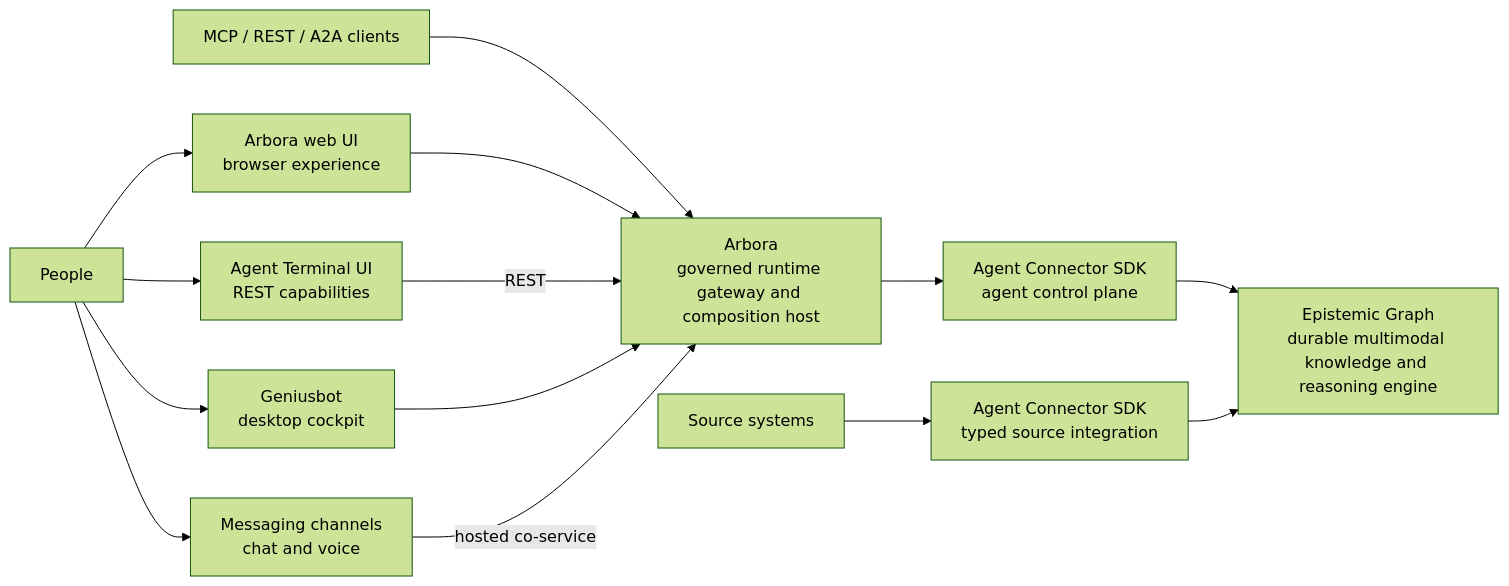
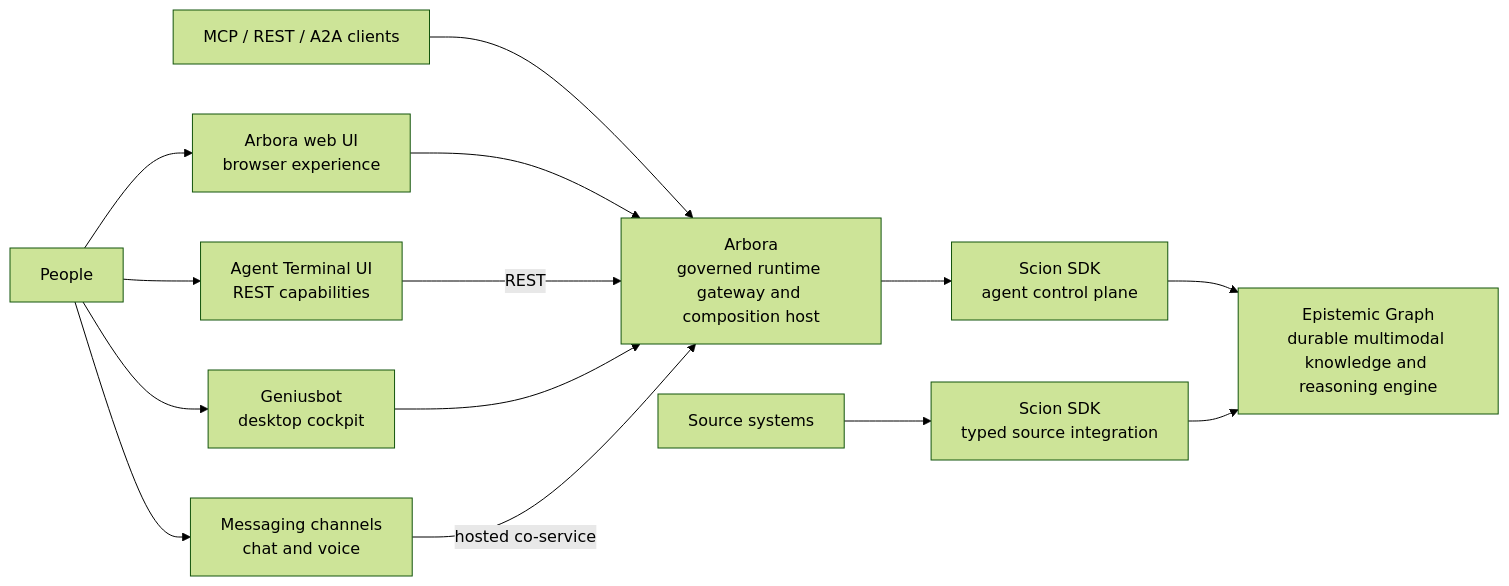
Before and after one commit to Knuckles-Team/craft-suite-api: the diagram in docs/assets/runtime-architecture.mmd, drawn with Mermaid (forest theme). The commit also changed 41 other files, not shown here.

First line of the commit message:
chore: migrate to scion-sdk 0.6.0 (scion_sdk import package)

```diff
--- a/docs/assets/runtime-architecture.mmd
+++ b/docs/assets/runtime-architecture.mmd
@@ -1,26 +1,26 @@
 flowchart LR
   People["People"]
   WebUI["Arbora web UI<br/>browser experience"]
   TUI["Agent Terminal UI<br/>REST capabilities"]
   Genius["Geniusbot<br/>desktop cockpit"]
   Messaging["Messaging channels<br/>chat and voice"]
   Clients["MCP / REST / A2A clients"]
   Arbora["Arbora<br/>governed runtime gateway and composition host"]
-  AU["Agent Connector SDK<br/>agent control plane"]
+  AU["Scion SDK<br/>agent control plane"]
   EG["Epistemic Graph<br/>durable multimodal knowledge and reasoning engine"]
   Sources["Source systems"]
-  SDK["Agent Connector SDK<br/>typed source integration"]
+  SDK["Scion SDK<br/>typed source integration"]
 
   People --> WebUI
   People --> TUI
   People --> Genius
   People --> Messaging
   Clients --> Arbora
   WebUI --> Arbora
   TUI -->|REST| Arbora
   Genius --> Arbora
   Messaging -->|hosted co-service| Arbora
   Arbora --> AU
   AU --> EG
   Sources --> SDK
   SDK --> EG
```
